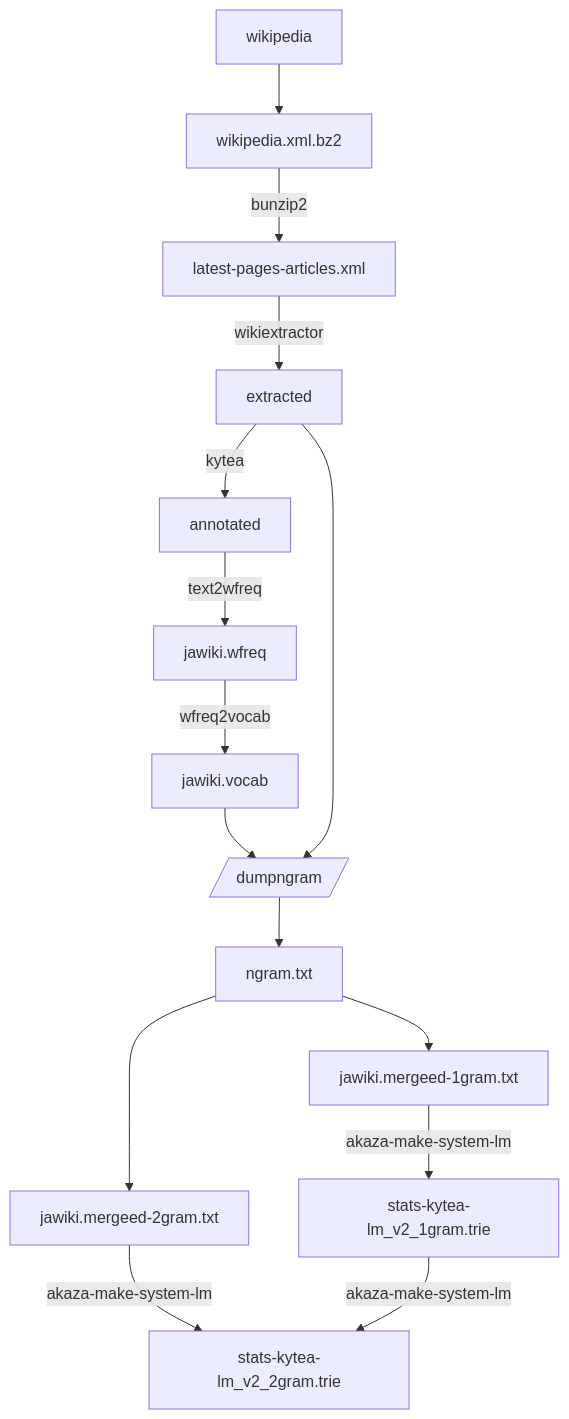
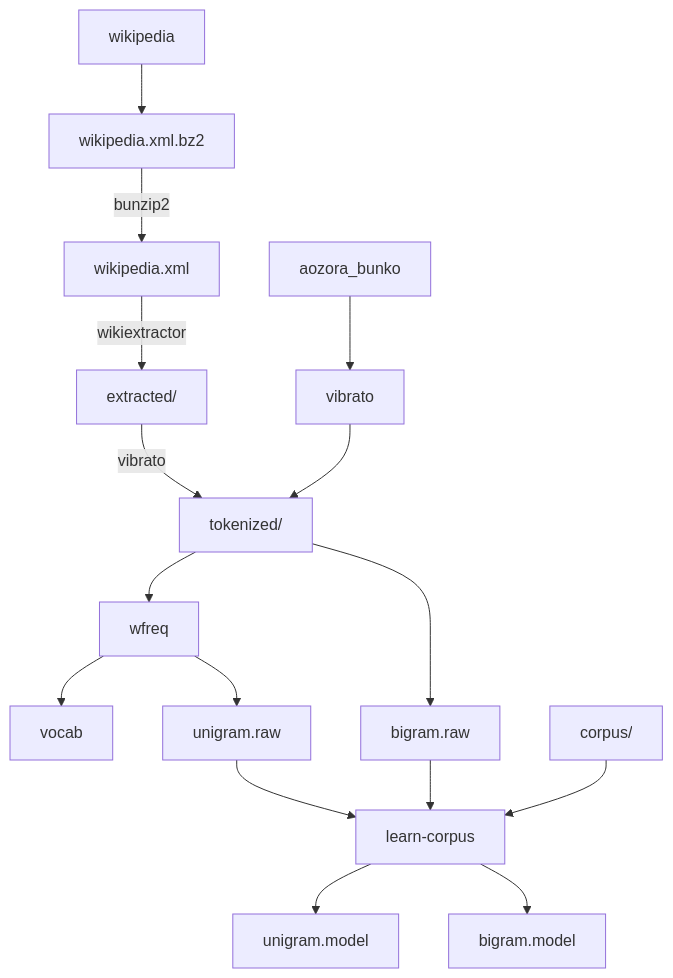
The first of 2 diagrams in docs/data-flow.md (akaza-im/akaza), drawn with Mermaid before and after one commit. The commit also changed other lines of this file, not shown here.

````diff
--- a/docs/data-flow.md
+++ b/docs/data-flow.md
@@ -13,18 +11,17 @@
 ```mermaid
 graph TD
     wikipedia --> wikipedia.xml.bz2
-    -- bunzip2 -->latest-pages-articles.xml
-    -- wikiextractor --> extracted
-    -- kytea --> annotated
-    -- text2wfreq --> jawiki.wfreq
-    -- wfreq2vocab --> jawiki.vocab
-    jawiki.vocab --> dumpngram[/dumpngram/]
-    extracted --> dumpngram[/dumpngram/]
-    --> ngram.txt
-    ngram.txt --> jawiki.mergeed-1gram.txt
-    ngram.txt --> jawiki.mergeed-2gram.txt
-
-    jawiki.mergeed-1gram.txt -- akaza-make-system-lm --> stats-kytea-lm_v2_1gram.trie
-    jawiki.mergeed-2gram.txt -- akaza-make-system-lm --> stats-kytea-lm_v2_2gram.trie
-    stats-kytea-lm_v2_1gram.trie -- akaza-make-system-lm --> stats-kytea-lm_v2_2gram.trie
+    -- bunzip2 --> wikipedia.xml
+    -- wikiextractor --> extracted/
+    -- vibrato --> tokenized/
+    aozora_bunko --> vibrato --> tokenized/
+    tokenized/ --> wfreq
+    wfreq --> vocab
+    tokenized/ --> bigram.raw
+    wfreq --> unigram.raw
+    corpus/ --> learn-corpus
+    bigram.raw --> learn-corpus
+    unigram.raw --> learn-corpus
+    learn-corpus --> unigram.model
+    learn-corpus --> bigram.model
 ```
````
